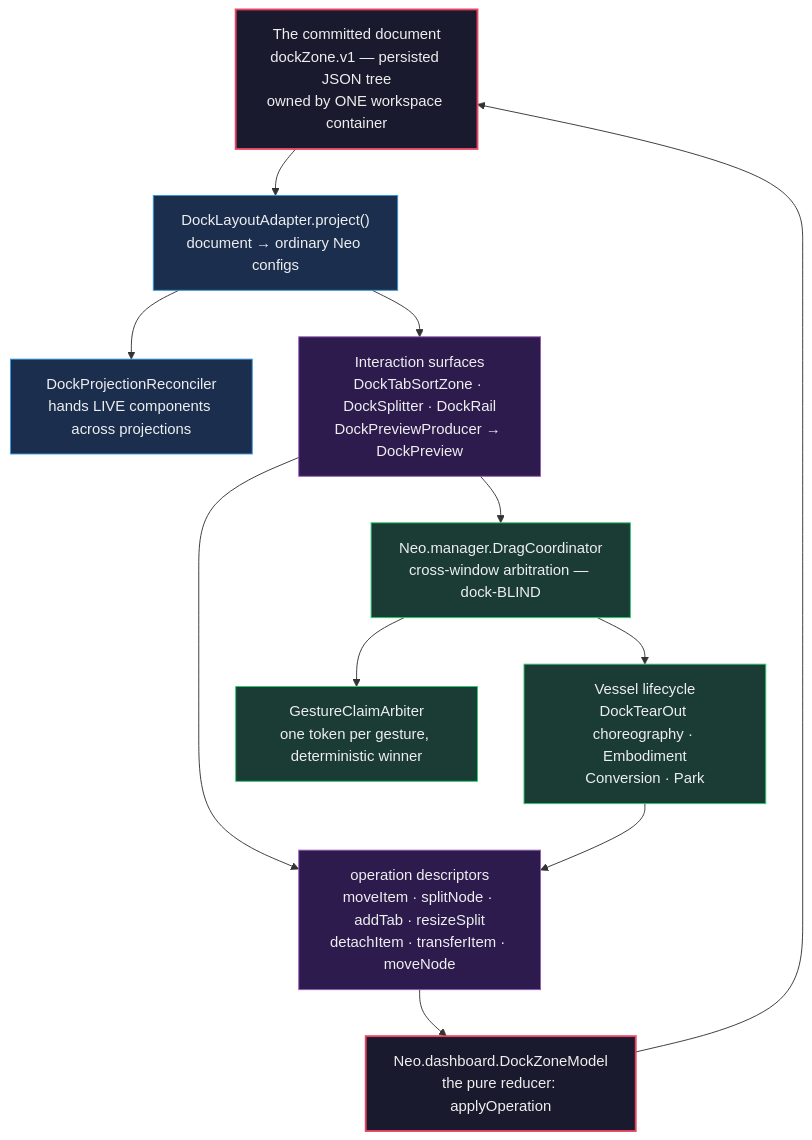
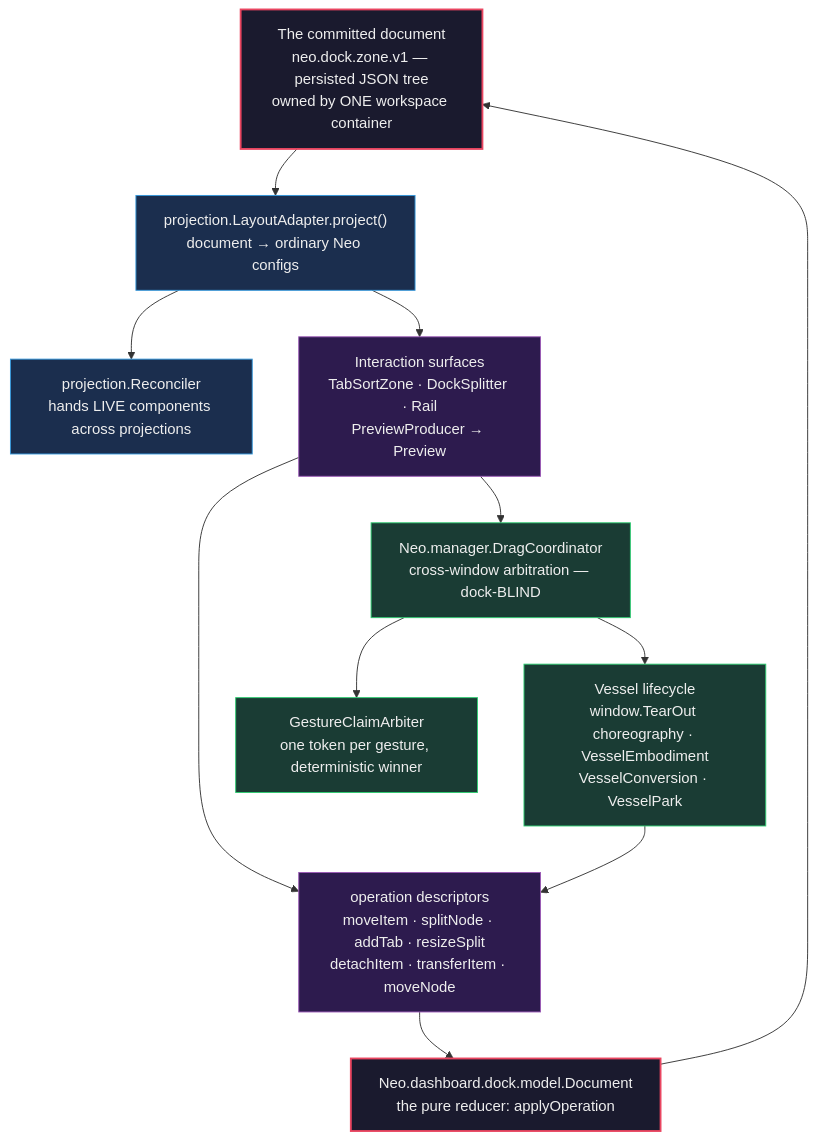
Before and after one commit to neomjs/neo: the first of 2 diagrams in learn/guides/uibuildingblocks/DockLayouts.md, drawn with Mermaid. The commit also changed other lines of this file and 141 other files, not shown here.

First line of the commit message:
refactor(dashboard): cut DockLayouts anatomy and wire vocabulary to final form (#17837) (#17841)

````diff
--- a/learn/guides/uibuildingblocks/DockLayouts.md
+++ b/learn/guides/uibuildingblocks/DockLayouts.md
@@ -42,28 +42,28 @@
 ```mermaid
 flowchart TD
     classDef doc fill:#1a1a2e,stroke:#e94560,stroke-width:2px,color:#eee
     classDef proj fill:#1b2e4e,stroke:#3498db,stroke-width:1px,color:#eee
     classDef inter fill:#2d1b4e,stroke:#9b59b6,stroke-width:1px,color:#eee
     classDef cross fill:#1a3c34,stroke:#2ecc71,stroke-width:1px,color:#eee
 
-    Document["The committed document<br/>dockZone.v1 — persisted JSON tree<br/>owned by ONE workspace container"]:::doc
-    Model["Neo.dashboard.DockZoneModel<br/>the pure reducer: applyOperation"]:::doc
-    Adapter["DockLayoutAdapter.project()<br/>document → ordinary Neo configs"]:::proj
-    Reconciler["DockProjectionReconciler<br/>hands LIVE components across projections"]:::proj
-    Surfaces["Interaction surfaces<br/>DockTabSortZone · DockSplitter · DockRail<br/>DockPreviewProducer → DockPreview"]:::inter
+    Document["The committed document<br/>neo.dock.zone.v1 — persisted JSON tree<br/>owned by ONE workspace container"]:::doc
+    Model["Neo.dashboard.dock.model.Document<br/>the pure reducer: applyOperation"]:::doc
+    Adapter["projection.LayoutAdapter.project()<br/>document → ordinary Neo configs"]:::proj
+    Reconciler["projection.Reconciler<br/>hands LIVE components across projections"]:::proj
+    Surfaces["Interaction surfaces<br/>TabSortZone · DockSplitter · Rail<br/>PreviewProducer → Preview"]:::inter
     Descriptors["operation descriptors<br/>moveItem · splitNode · addTab · resizeSplit<br/>detachItem · transferItem · moveNode"]:::inter
     Coordinator["Neo.manager.DragCoordinator<br/>cross-window arbitration — dock-BLIND"]:::cross
     Arbiter["GestureClaimArbiter<br/>one token per gesture, deterministic winner"]:::cross
-    Vessels["Vessel lifecycle<br/>DockTearOut choreography · Embodiment<br/>Conversion · Park"]:::cross
+    Vessels["Vessel lifecycle<br/>window.TearOut choreography · VesselEmbodiment<br/>VesselConversion · VesselPark"]:::cross
 
     Document --> Adapter
     Adapter --> Reconciler
     Adapter --> Surfaces
     Surfaces --> Descriptors
     Descriptors --> Model
     Model --> Document
     Surfaces --> Coordinator
     Coordinator --> Arbiter
     Coordinator --> Vessels
     Vessels --> Descriptors
 ```
````
